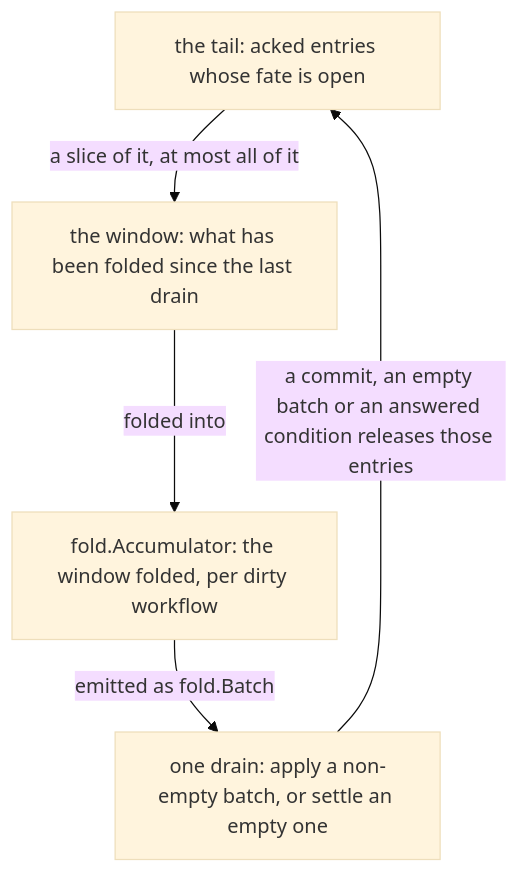
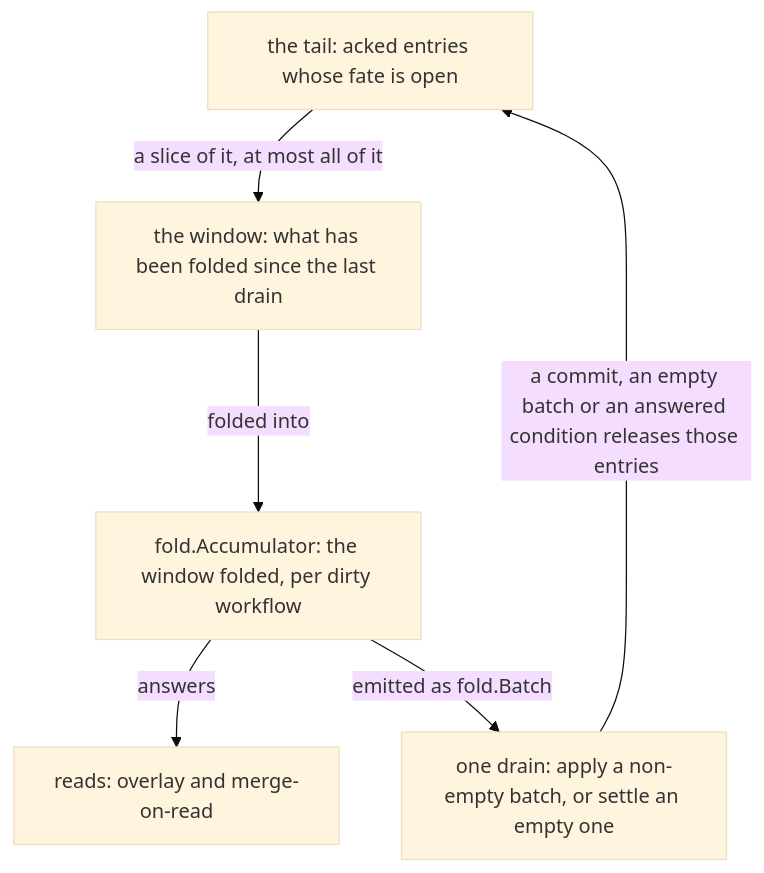
Before and after one commit to aromanovich/waltz: the second of 2 diagrams in docs/handbook/02-concepts-and-invariants.md, drawn with Mermaid (base theme). The commit also changed other lines of this file and 15 other files, not shown here.

````diff
--- a/docs/handbook/02-concepts-and-invariants.md
+++ b/docs/handbook/02-concepts-and-invariants.md
@@ -546,11 +107,13 @@
 ```mermaid
 graph TD
   TAIL["the tail: acked entries whose fate is open"]
   WIN["the window: what has been folded since the last drain"]
   ACC["fold.Accumulator: the window folded, per dirty workflow"]
+  RD["reads: overlay and merge-on-read"]
   DR["one drain: apply a non-empty batch, or settle an empty one"]
   TAIL -->|"a slice of it, at most all of it"| WIN
   WIN -->|"folded into"| ACC
+  ACC -->|"answers"| RD
   ACC -->|"emitted as fold.Batch"| DR
   DR -->|"a commit, an empty batch or an answered condition releases those entries"| TAIL
 ```
````
